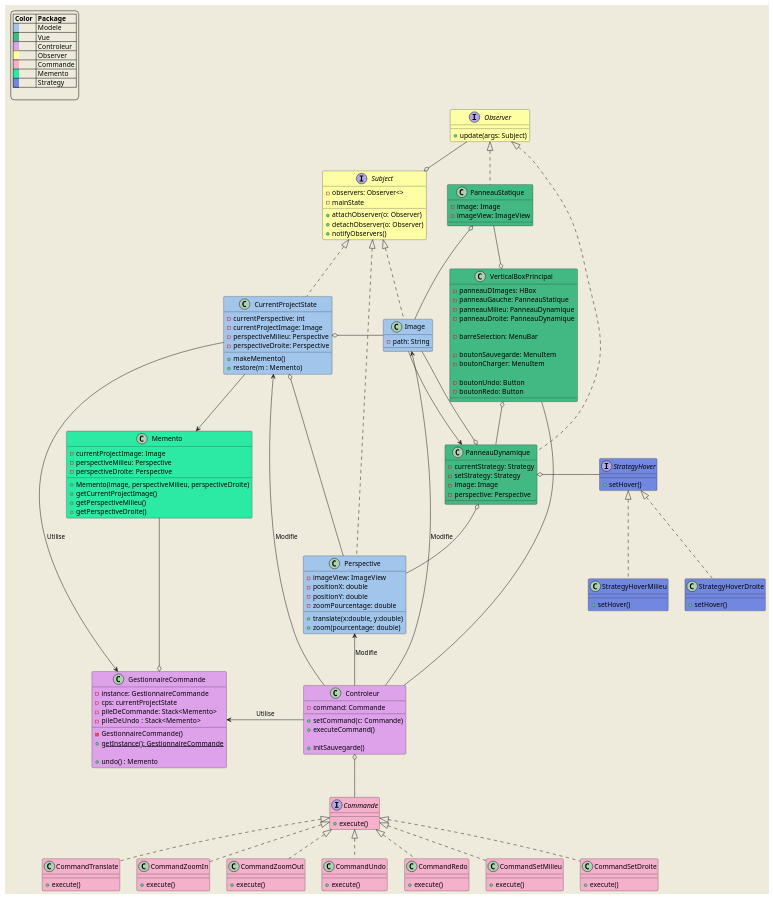
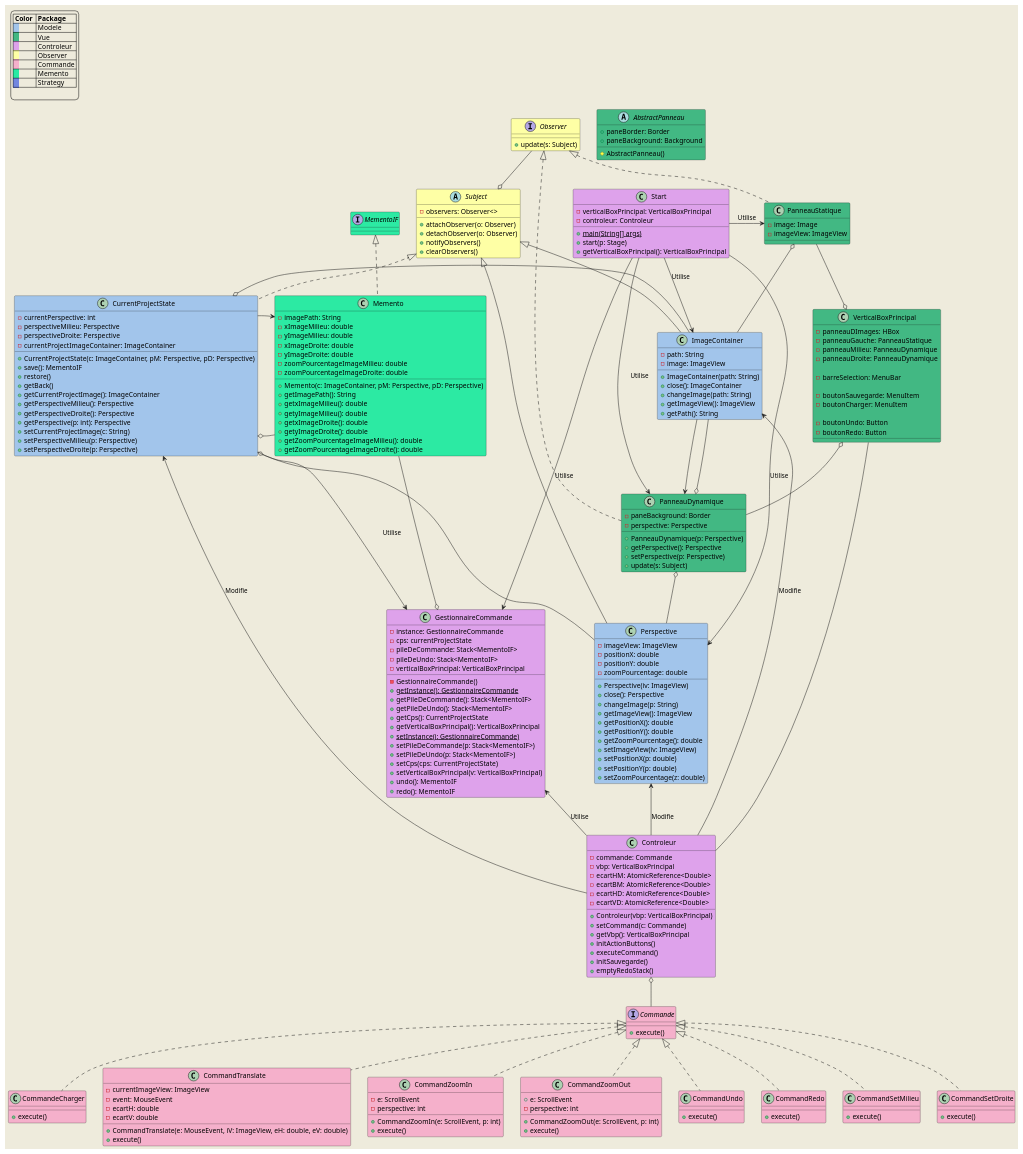
Before and after one commit to VelaSam/PerspectivePro: the diagram in src/diagrammes/diagramme_de_classe_global.puml, drawn with PlantUML. The commit also changed other lines of this file, not shown here.

Commit message:
Auto stash before merge of "Develop" and "origin/Develop"
Diagramme de classes updated

```diff
--- a/src/diagrammes/diagramme_de_classe_global.puml
+++ b/src/diagrammes/diagramme_de_classe_global.puml
@@ -20,17 +20,16 @@
 
     '----------OBSERVER--------------'
     interface Observer #FEFFA5{
-        +update(args: Subject)
+        +update(s: Subject)
     }
 
-    interface Subject #FEFFA5{
+    abstract class Subject #FEFFA5{
         -observers: Observer<>
-        -mainState
 
         +attachObserver(o: Observer)
         +detachObserver(o: Observer)
         +notifyObservers()
-
+        +clearObservers()
     }
     '-----------OBSERVER--------------'
 
@@ -41,20 +40,34 @@
         +execute()
     }
 
-    class CommandTranslate #F5B0CB implements Commande{
+    class CommandeCharger #F5B0CB implements Commande {
         +execute()
-   
     }
 
+    class CommandTranslate #F5B0CB implements Commande{
+        -currentImageView: ImageView
+        -event: MouseEvent
+        -ecartH: double
+        -ecartV: double
+
+        +CommandTranslate(e: MouseEvent, iV: ImageView, eH: double, eV: double)
+        +execute()
+    }
 
     class CommandZoomIn #F5B0CB implements Commande{
+        -e: ScrollEvent
+        -perspective: int
+
+        +CommandZoomIn(e: ScrollEvent, p: int)
         +execute()
-   
     }
 
     class CommandZoomOut #F5B0CB implements Commande{
+        +e: ScrollEvent
+        -perspective: int
+
+        +CommandZoomOut(e: ScrollEvent, p: int)
         +execute()
-   
     }
 
     class CommandUndo #F5B0CB implements Commande{
@@ -72,26 +85,30 @@
     class CommandSetDroite #F5B0CB implements Commande{
         +execute()
     }
-
-
     '-----------COMMAND--------------'
 
 
     '-----------SINGLETON--------------'
-
-
     class GestionnaireCommande #dea2eb{
         -instance: GestionnaireCommande
         -cps: currentProjectState
-        -pileDeCommande: Stack<Memento>
-        -pileDeUndo  : Stack<Memento>
-
+        -pileDeCommande: Stack<MementoIF>
+        -pileDeUndo: Stack<MementoIF>
+        -verticalBoxPrincipal: VerticalBoxPrincipal
 
         -GestionnaireCommande()
-        + {static} getInstance(): GestionnaireCommande
-
-        +undo() : Memento
-
+        +{static} getInstance(): GestionnaireCommande
+        +getPileDeCommande(): Stack<MementoIF>
+        +getPileDeUndo(): Stack<MementoIF>
+        +getCps(): CurrentProjectState
+        +getVerticalBoxPrincipal(): VerticalBoxPrincipal
+        +{static} setInstance(i: GestionnaireCommande)
+        +setPileDeCommande(p: Stack<MementoIF>)
+        +setPileDeUndo(p: Stack<MementoIF>)
+        +setCps(cps: CurrentProjectState)
+        +setVerticalBoxPrincipal(v: VerticalBoxPrincipal)
+        +undo(): MementoIF
+        +redo(): MementoIF
     }
     '-----------SINGLETON--------------'
 
@@ -100,68 +117,116 @@
     'Originator = CurrentProjectState'
     'Caretaker = GestionnaireDeCommande'
 
-    class Memento #2CEAA3{
-
-        '{static}+PERSPECTIVE_CENTRE
-        '{static}+PERSPECTIVE_DROITE
-
-        -currentProjectImage: Image
-        -perspectiveMilieu: Perspective
-        -perspectiveDroite: Perspective
-
-        'Constructeur'
-        +Memento(image, perspectiveMilieu, perspectiveDroite)
-        'Getters du memento'
-        +getCurrentProjectImage()
-        +getPerspectiveMilieu()
-        +getPerspectiveDroite()
+    interface MementoIF #2CEAA3{
     }
 
+    class Memento #2CEAA3 implements MementoIF {
+        -imagePath: String
+        -xImageMilieu: double
+        -yImageMilieu: double
+        -xImageDroite: double
+        -yImageDroite: double
+        -zoomPourcentageImageMilieu: double
+        -zoomPourcentageImageDroite: double
 
+        +Memento(c: ImageContainer, pM: Perspective, pD: Perspective)
+        +getImagePath(): String
+        +getxImageMilieu(): double
+        +getyImageMilieu(): double
+        +getxImageDroite(): double
+        +getyImageDroite(): double
+        +getZoomPourcentageImageMilieu(): double
+        +getZoomPourcentageImageDroite(): double
+    }
     '-----------MEMENTO--------------'
 
-
-
+    '----------MODELE-----------------'
     class CurrentProjectState #a2c5eb implements Subject {
 
         -currentPerspective: int
-        -currentProjectImage: Image
         -perspectiveMilieu: Perspective
         -perspectiveDroite: Perspective
+        -currentProjectImageContainer: ImageContainer
 
-        +makeMemento()
-        +restore(m : Memento)
-        'restore() vas appeler undo() Gestionnaire Commande
+        +CurrentProjectState(c: ImageContainer, pM: Perspective, pD: Perspective)
+        +save(): MementoIF
+        +restore()
+        +getBack()
+        +getCurrentProjectImage(): ImageContainer
+        +getPerspectiveMilieu(): Perspective
+        +getPerspectiveDroite(): Perspective
+        +getPerspective(p: int): Perspective
+        +setCurrentProjectImage(c: String)
+        +setPerspectiveMilieu(p: Perspective)
+        +setPerspectiveDroite(p: Perspective)
     }
 
+    class ImageContainer #a2c5eb extends Subject {
+        -path: String
+        -image: ImageView
 
-    class Perspective #a2c5eb implements Subject{
+        +ImageContainer(path: String)
+        +close(): ImageContainer
+        +changeImage(path: String)
+        +getImageView(): ImageView
+        +getPath(): String
+    }
 
+    class Perspective #a2c5eb extends Subject{
         -imageView: ImageView
         -positionX: double
         -positionY: double
         -zoomPourcentage: double
 
+        +Perspective(iv: ImageView)
+        +close(): Perspective
+        +changeImage(p: String)
+        +getImageView(): ImageView
+        +getPositionX(): double
+        +getPositionY(): double
+        +getZoomPourcentage(): double
+        +setImageView(iv: ImageView)
+        +setPositionX(p: double)
+        +setPositionY(p: double)
+        +setZoomPourcentage(z: double)
+    }
+    '----------MODELE-----------------'
 
-        +translate(x:double, y:double)
-        +zoom(pourcentage: double)
+    '---------CONTROLEUR--------------'
+    class Controleur #dea2eb{
+        -commande: Commande
+        -vbp: VerticalBoxPrincipal
+        -ecartHM: AtomicReference<Double>
+        -ecartBM: AtomicReference<Double>
+        -ecartHD: AtomicReference<Double>
+        -ecartVD: AtomicReference<Double>
 
+        +Controleur(vbp: VerticalBoxPrincipal)
+        +setCommand(c: Commande)
+        +getVbp(): VerticalBoxPrincipal
+        +initActionButtons()
+        +executeCommand()
+        +initSauvegarde()
+        +emptyRedoStack()
     }
 
-    class Image #a2c5eb implements Subject{
+    class Start #dea2eb {
+        -verticalBoxPrincipal: VerticalBoxPrincipal
+        -controleur: Controleur
 
-        -path: String
+        +{static} main(String[] args)
+        +start(p: Stage)
+        +getVerticalBoxPrincipal(): VerticalBoxPrincipal
     }
+    '---------CONTROLEUR--------------'
 
-    class Controleur #dea2eb{
+    '-------------VUE--------------'
+    abstract class AbstractPanneau #42b883 {
+        +paneBorder: Border
+        +paneBackground: Background
 
-        -command: Commande
-        +setCommand(c: Commande)
-        +executeCommand()
-
-        +initSauvegarde()
+        #AbstractPanneau()
     }
-
 
     class VerticalBoxPrincipal #42b883 {
 
@@ -180,7 +245,6 @@
 
     }
 
-
     class PanneauStatique #42b883 implements Observer{
 
         -image: Image
@@ -188,63 +252,49 @@
     }
 
     class PanneauDynamique #42b883 implements Observer{
+        -paneBackground: Border
+        -perspective: Perspective
 
-        -currentStrategy: Strategy
-        -setStrategy: Strategy
-        -image: Image
-        -perspective: Perspective
+        +PanneauDynamique(p: Perspective)
+        +getPerspective(): Perspective
+        +setPerspective(p: Perspective)
+        +update(s: Subject)
     }
-
-    interface StrategyHover #7287DF {
-
-        +setHover()
-    }
-
-    class StrategyHoverMilieu #7287DF implements StrategyHover {
-
-        +setHover()
-    }
-
-    class StrategyHoverDroite #7287DF implements StrategyHover{
-
-        +setHover()
-    }
+    '-------------VUE--------------'
 
 
-    PanneauDynamique o- StrategyHover
    Observer -o Subject
    Controleur -l-> GestionnaireCommande : Utilise
    CurrentProjectState <-- Controleur : Modifie
    Perspective <-- Controleur : Modifie
-   Image <- Controleur : Modifie
+   ImageContainer <- Controleur : Modifie
    Controleur o-- Commande
+   Start -> ImageContainer : Utilise
+   Start -> Perspective: Utilise
+   Start -> PanneauStatique: Utilise
+   Start -> PanneauDynamique: Utilise
+   Start -> GestionnaireCommande : Utilise
 
    VerticalBoxPrincipal o-- PanneauDynamique
    VerticalBoxPrincipal o-up- PanneauStatique
 
+   CurrentProjectState o- Memento
    CurrentProjectState o- Perspective
-   CurrentProjectState o- Image
+   CurrentProjectState o- ImageContainer
 
    VerticalBoxPrincipal -- Controleur
 
    Memento ---o GestionnaireCommande
    CurrentProjectState --> Memento
 
-
-   PanneauDynamique o-- Image
-   Image --> PanneauDynamique
+   PanneauDynamique o-- ImageContainer
+   ImageContainer --> PanneauDynamique
 
    PanneauDynamique o-- Perspective
 
-   PanneauStatique o- Image
+   PanneauStatique o- ImageContainer
 
    CurrentProjectState --> GestionnaireCommande : Utilise
-   
-
-
-
-
-
 
 
 @enduml
```
